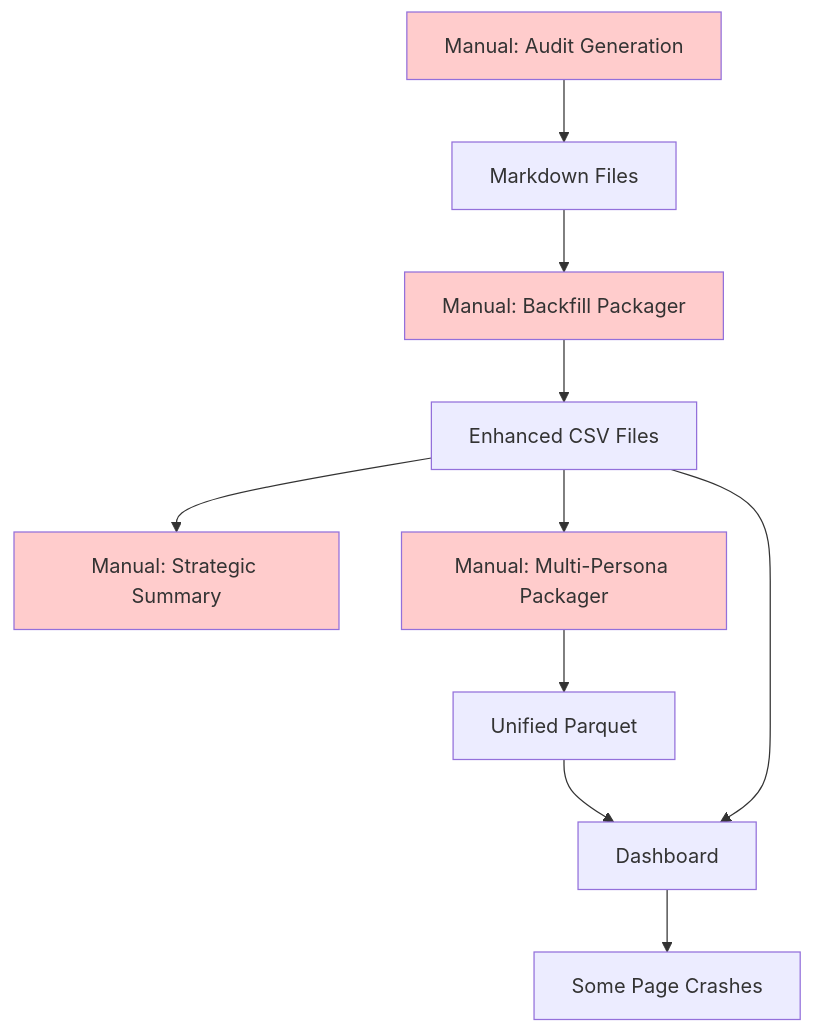
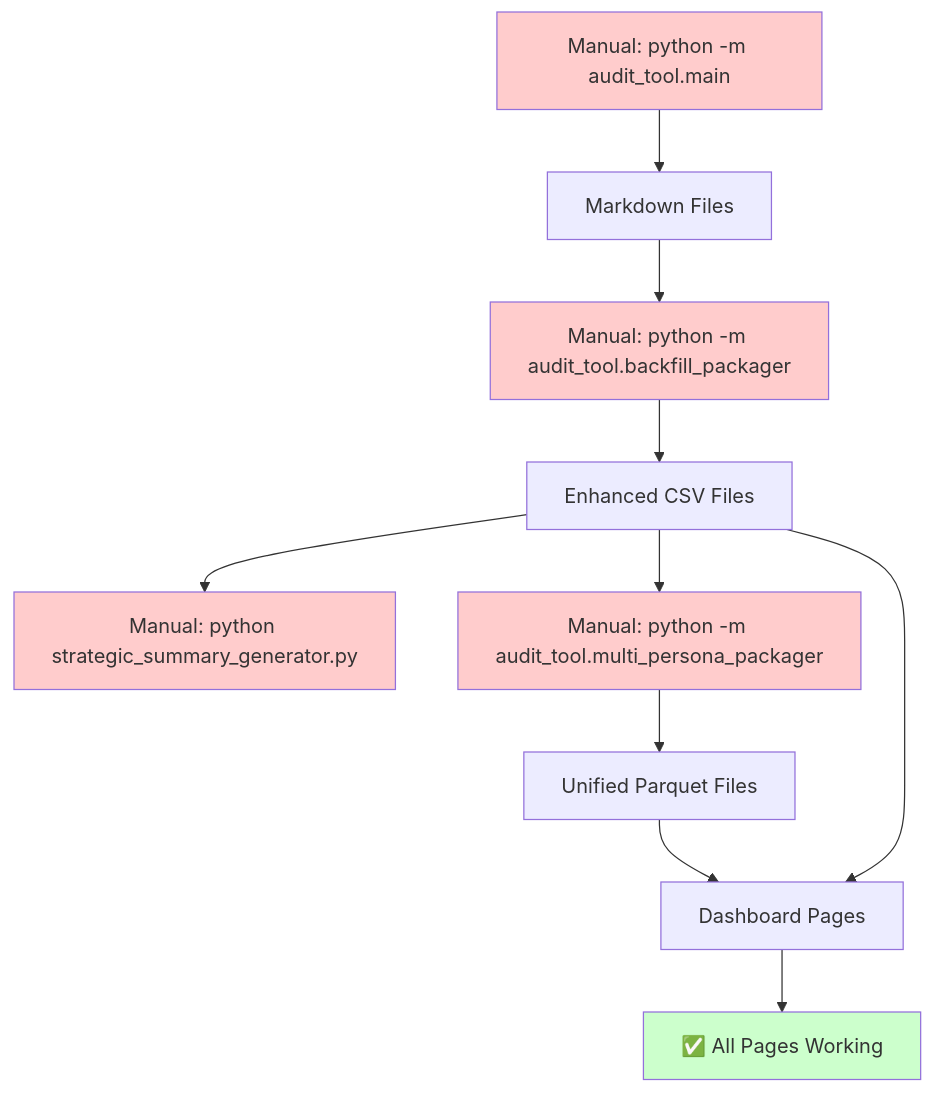
Before and after one commit to jasonlmagnus/sopra_steria: the first of 2 diagrams in product/data_strategy.md, drawn with Mermaid. The commit also changed other lines of this file and 31 other files, not shown here.

````diff
--- a/product/data_strategy.md
+++ b/product/data_strategy.md
@@ -590,17 +272,18 @@
 ```mermaid
 graph TD
-    A[Manual: Audit Generation] --> B[Markdown Files]
-    B --> C[Manual: Backfill Packager]
+    A[Manual: python -m audit_tool.main] --> B[Markdown Files]
+    B --> C[Manual: python -m audit_tool.backfill_packager]
     C --> D[Enhanced CSV Files]
-    D --> E[Manual: Strategic Summary]
-    D --> F[Manual: Multi-Persona Packager]
-    F --> G[Unified Parquet]
-    G --> H[Dashboard]
+    D --> E[Manual: python strategic_summary_generator.py]
+    D --> F[Manual: python -m audit_tool.multi_persona_packager]
+    F --> G[Unified Parquet Files]
+    G --> H[Dashboard Pages]
     D --> H
-    H --> I[Some Page Crashes]
+    H --> I[✅ All Pages Working]
 
     style A fill:#ffcccc
     style C fill:#ffcccc
     style E fill:#ffcccc
     style F fill:#ffcccc
+    style I fill:#ccffcc
 ```
````
